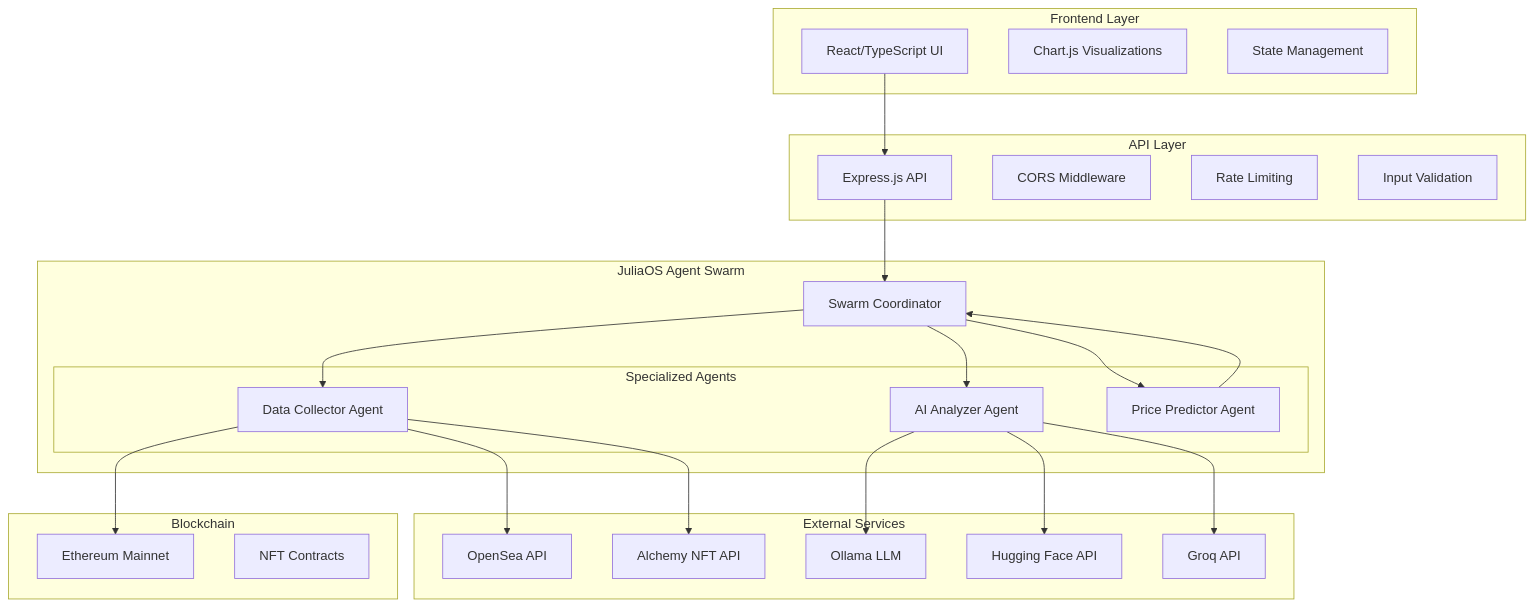
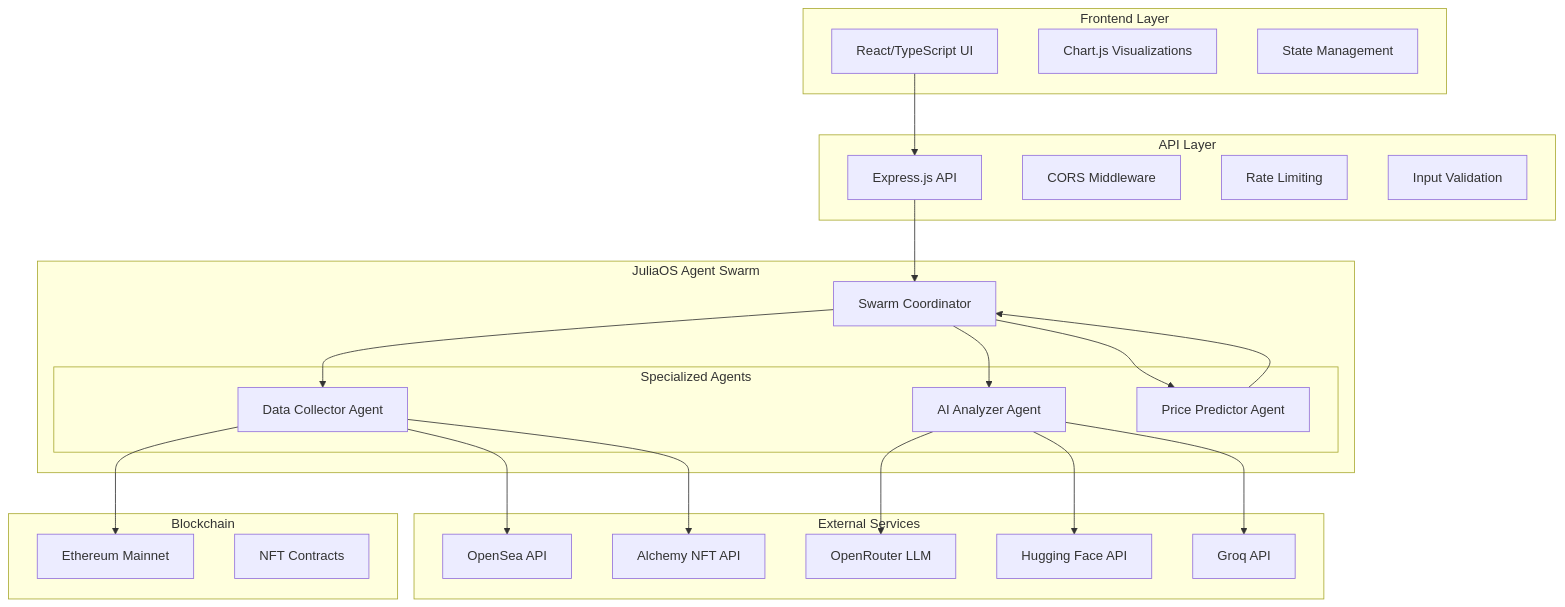
Before and after one commit to BiMalxMe/Julia-Arbitrage-Bounty: the diagram in docs/ARCHITECTURE.md, drawn with Mermaid. The commit also changed other lines of this file and 23 other files, not shown here.

````diff
--- a/docs/ARCHITECTURE.md
+++ b/docs/ARCHITECTURE.md
@@ -9,54 +9,54 @@
 ```mermaid
 graph TB
     subgraph "Frontend Layer"
         UI[React/TypeScript UI]
         CHARTS[Chart.js Visualizations]
         STATE[State Management]
     end
     
     subgraph "API Layer"
         API[Express.js API]
         CORS[CORS Middleware]
         RATE[Rate Limiting]
         VALID[Input Validation]
     end
     
     subgraph "JuliaOS Agent Swarm"
         COORD[Swarm Coordinator]
         
         subgraph "Specialized Agents"
             DATA[Data Collector Agent]
             AI[AI Analyzer Agent] 
             PRED[Price Predictor Agent]
         end
     end
     
     subgraph "External Services"
         OPENSEA[OpenSea API]
         ALCHEMY[Alchemy NFT API]
-        OLLAMA[Ollama LLM]
+        OPENROUTER[OpenRouter LLM]
         HF[Hugging Face API]
         GROQ[Groq API]
     end
     
     subgraph "Blockchain"
         ETH[Ethereum Mainnet]
         CONTRACTS[NFT Contracts]
     end
     
     UI --> API
     API --> COORD
     COORD --> DATA
     COORD --> AI
     COORD --> PRED
     
     DATA --> OPENSEA
     DATA --> ALCHEMY
     DATA --> ETH
     
-    AI --> OLLAMA
+    AI --> OPENROUTER
     AI --> HF
     AI --> GROQ
     
     PRED --> COORD
 ```
````
